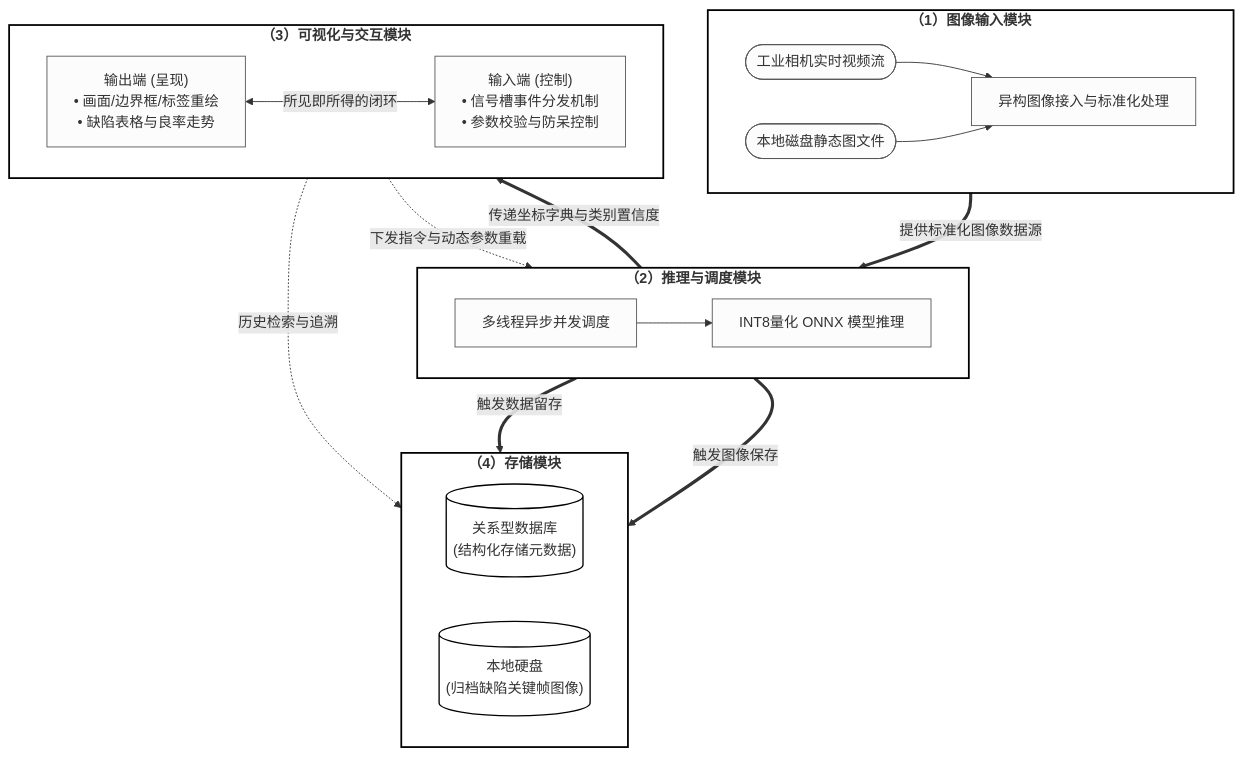
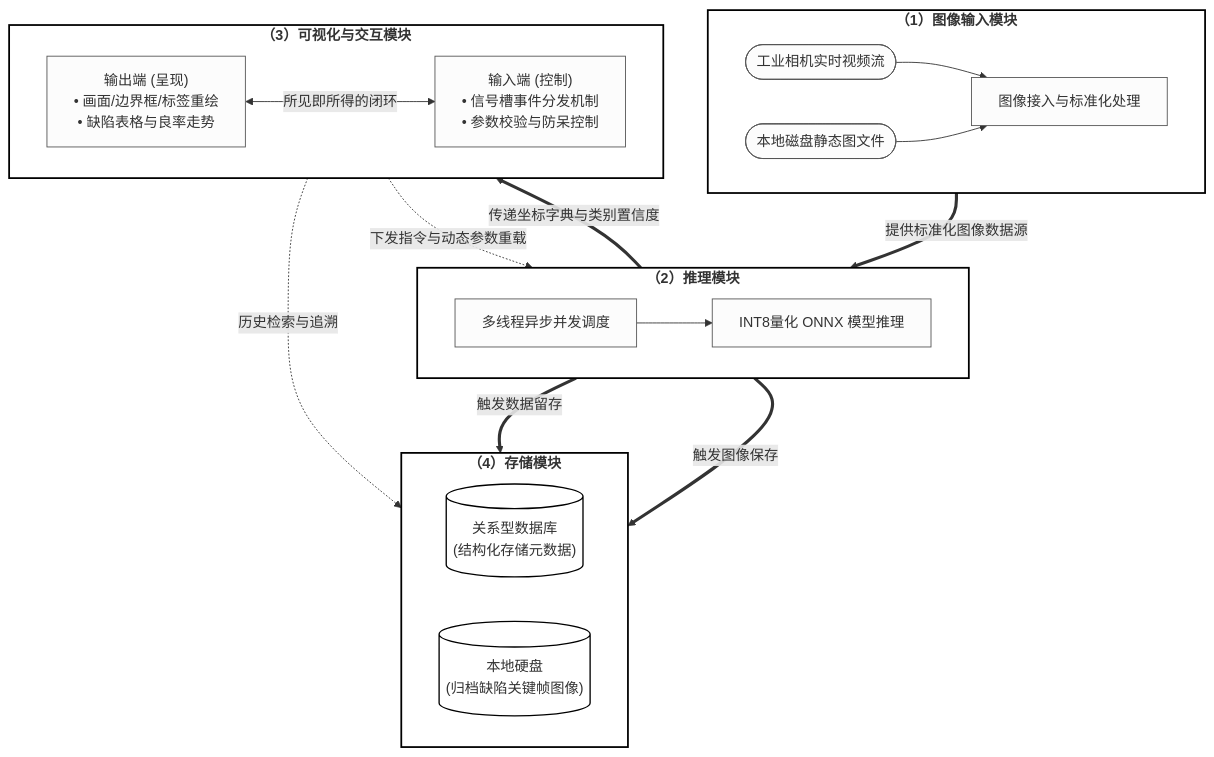
The diagram in all/未命名.md (MAOSHENGsong/iodraw-files), drawn with Mermaid before and after one commit.

Commit message:
2026-03-12 14:54:32 update

````diff
--- a/all/未命名.md
+++ b/all/未命名.md
@@ -1,52 +1,52 @@
 ```mermaid
 %%{init: {'flowchart': {'nodeSpacing': 50, 'rankSpacing': 60, 'curve': 'basis'}}}%%
 flowchart TD
     %% 定义整体样式：纯白背景，黑色边框，适合学术论文打印
     classDef moduleNode fill:#ffffff,stroke:#000000,stroke-width:2px,font-weight:bold;
     classDef subNode fill:#fcfcfc,stroke:#555555,stroke-width:1px;
     classDef dbNode fill:#ffffff,stroke:#000000,stroke-width:1.5px;
 
     %% --- 1. 图像输入模块 ---
     subgraph M1 ["（1）图像输入模块"]
         direction LR
-        A1([工业相机实时视频流]) --> A3[异构图像接入与标准化处理]
+        A1([工业相机实时视频流]) --> A3[图像接入与标准化处理]
         A2([本地磁盘静态图文件]) --> A3
     end
 
     %% --- 2. 推理模块 ---
-    subgraph M2 ["（2）推理与调度模块"]
+    subgraph M2 ["（2）推理模块"]
         direction LR
         B1[多线程异步并发调度] --> B2[INT8量化 ONNX 模型推理]
     end
 
     %% --- 3. 可视化与人机交互模块 ---
     subgraph M3 ["（3）可视化与交互模块"]
         direction LR
         C1["输出端 (呈现)<br/>• 画面/边界框/标签重绘<br/>• 缺陷表格与良率走势"]
         C2["输入端 (控制)<br/>• 信号槽事件分发机制<br/>• 参数校验与防呆控制"]
         C1 <-->|所见即所得的闭环| C2
     end
 
     %% --- 4. 数据存储模块 ---
     subgraph M4 ["（4）存储模块"]
         direction LR
         D1[("关系型数据库<br/>(结构化存储元数据)")]
         D2[("本地硬盘<br/>(归档缺陷关键帧图像)")]
     end
 
     %% --- 模块间的数据流向连线 (自上而下瀑布流) ---
     A3 ==>|提供标准化图像数据源| B1
     
     B2 ==>|传递坐标字典与类别置信度| C1
     C2 -.->|下发指令与动态参数重载| B1
     
     B2 ==>|触发数据留存| D1
     B2 ==>|触发图像保存| D2
     
     C1 -.->|历史检索与追溯| D1
 
     %% --- 应用样式 ---
     class M1,M2,M3,M4 moduleNode;
     class A1,A2,A3,B1,B2,C1,C2 subNode;
     class D1,D2 dbNode;
 ```
````
